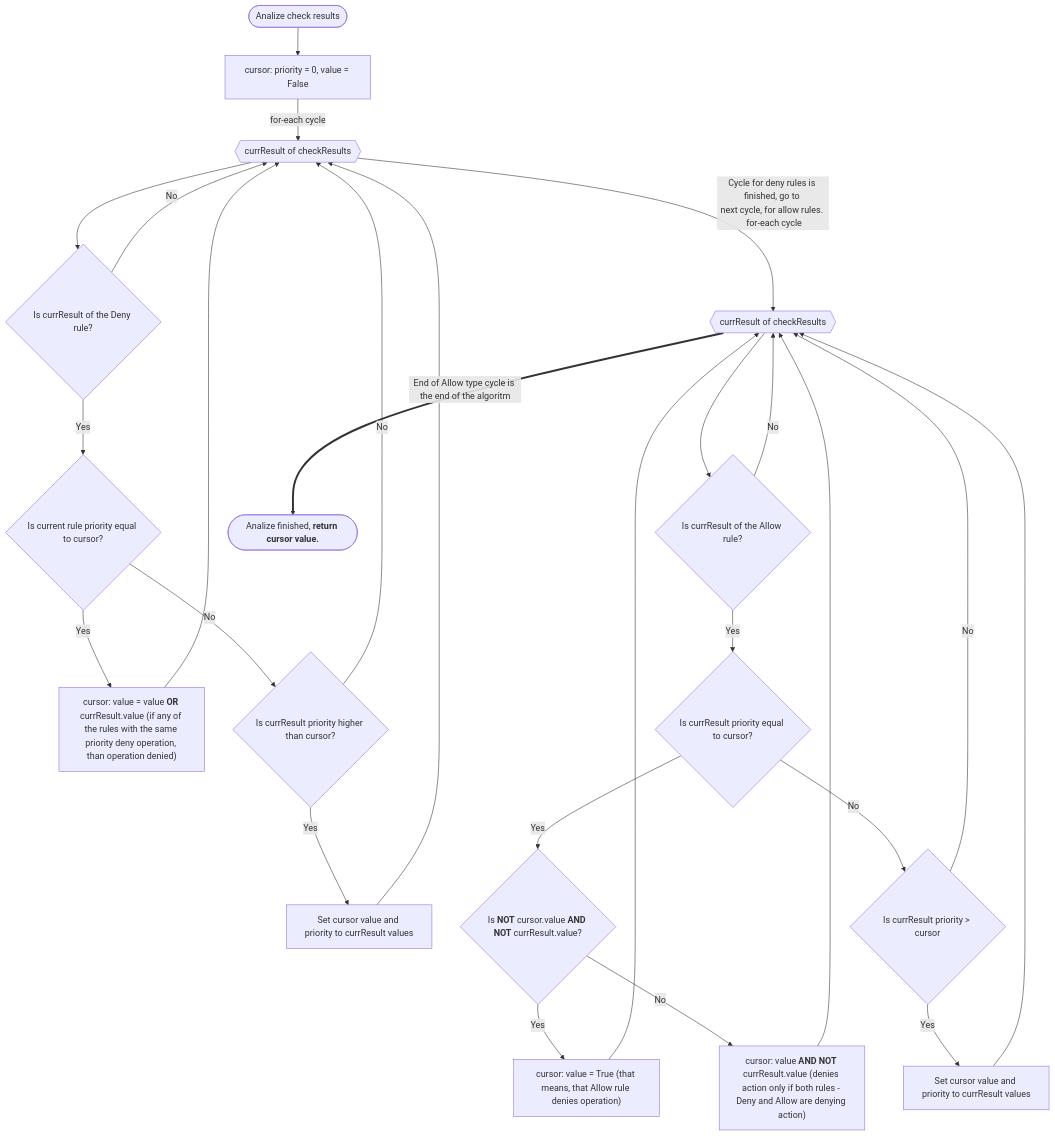
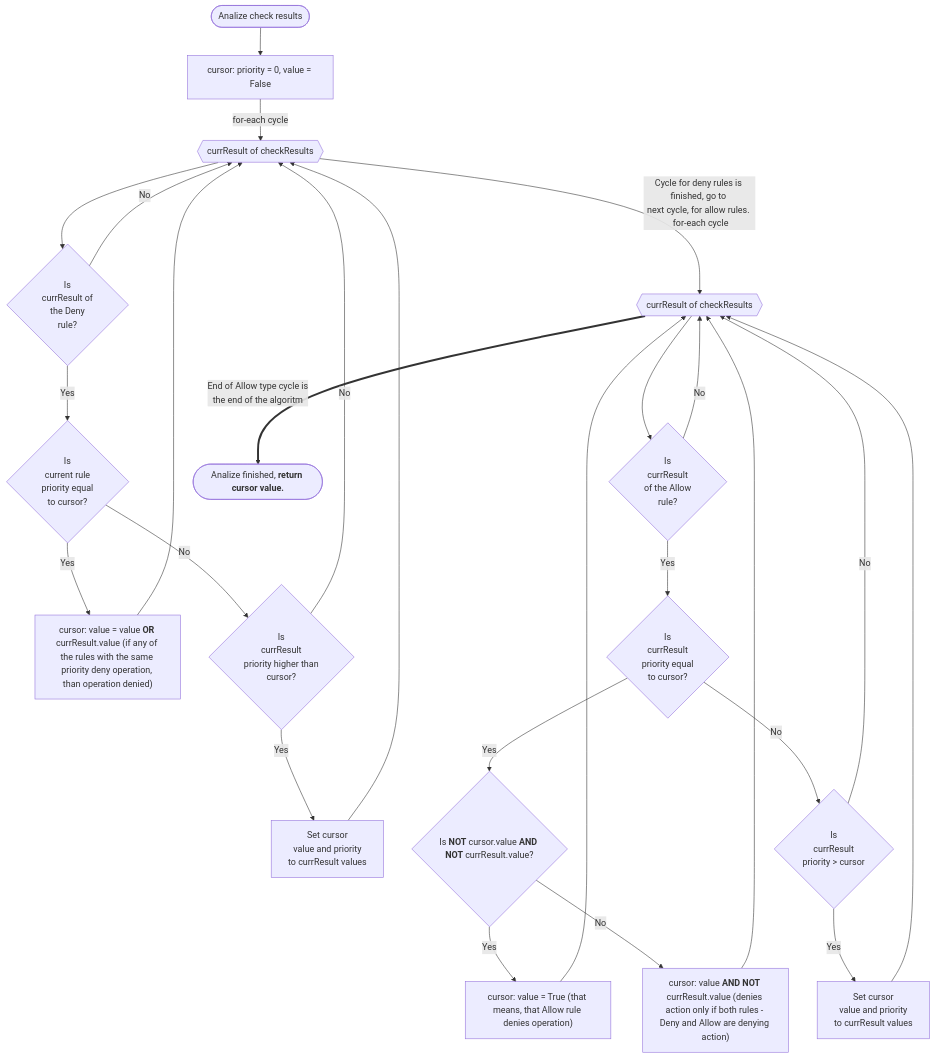
The second of 2 diagrams in README.md (SergeMiletos/permissions1CExtRules), drawn with Mermaid before and after one commit. The commit also changed other lines of this file and 2 other files, not shown here.

Commit message:
Example for 1C added, other minor changes

````diff
--- a/README.md
+++ b/README.md
@@ -47,28 +77,28 @@
 ```mermaid
 flowchart TD
 CStart(["Analize check results"])-->cursorInit["`cursor: priority = 0, value = False`"]
 cursorInit -->|for-each cycle| A{{"currResult of checkResults"}}
-A--> B{Is currResult of the Deny rule?}
+A--> B{Is</br>currResult of</br>the Deny</br>rule?}
 B -->|No| A
-B -->|Yes| cursorCheck{Is current rule priority equal to cursor?}
+B -->|Yes| cursorCheck{Is</br>current rule</br>priority equal</br>to cursor?}
 cursorCheck-->|Yes| cursorSet["`cursor: value = value **OR** currResult.value (if any of the rules with the same priority deny operation, than operation denied) `"]
-cursorCheck-->|No| C{Is currResult priority higher than cursor?}
-C-->|Yes| D[Set cursor value and priority to currResult values]
+cursorCheck-->|No| C{Is</br>currResult</br>priority higher than</br>cursor?}
+C-->|Yes| D[Set cursor</br>value and priority</br>to currResult values]
 D--> A
 C-->|No| A
 cursorSet-->A
 A-->|Cycle for deny rules is finished, go to </br>next cycle, for allow rules. </br> for-each cycle| E1{{"currResult of checkResults"}}
-E1--> F{Is currResult of the Allow rule?}
+E1--> F{Is</br>currResult</br>of the Allow</br>rule?}
 F-->|No| E1
-F-->|Yes| cursorCheck2{Is currResult priority equal to cursor?}
+F-->|Yes| cursorCheck2{Is</br>currResult</br>priority equal</br>to cursor?}
 cursorCheck2-->|Yes| cursorCheck3{"`Is **NOT** cursor.value **AND NOT** currResult.value?`"}
 cursorCheck3-->|Yes| cursorSet3["`cursor: value = True (that means, that Allow rule denies operation)`"]
 cursorCheck3-->|No| cursorSet2["`cursor: value **AND NOT** currResult.value (denies action only if both rules - Deny and Allow are denying action)`"]
-cursorCheck2-->|No| cursorCheck2_1{Is currResult priority > cursor}
-cursorCheck2_1-->|Yes| cursorSet4[Set cursor value and priority to currResult values]
+cursorCheck2-->|No| cursorCheck2_1{Is</br>currResult</br>priority > cursor}
+cursorCheck2_1-->|Yes| cursorSet4[Set cursor</br>value and priority</br>to currResult values]
 cursorCheck2_1-->|No| E1
 cursorSet4--> E1
 cursorSet3--> E1
 cursorSet2--> E1
-E1==>|End of Allow type cycle is the end of the algoritm| CEnd(["`Analize finished, **return cursor value.**`"])
+E1==>|End of Allow type cycle is</br>the end of the algoritm| CEnd(["`Analize finished, **return cursor value.**`"])
 ```
````
